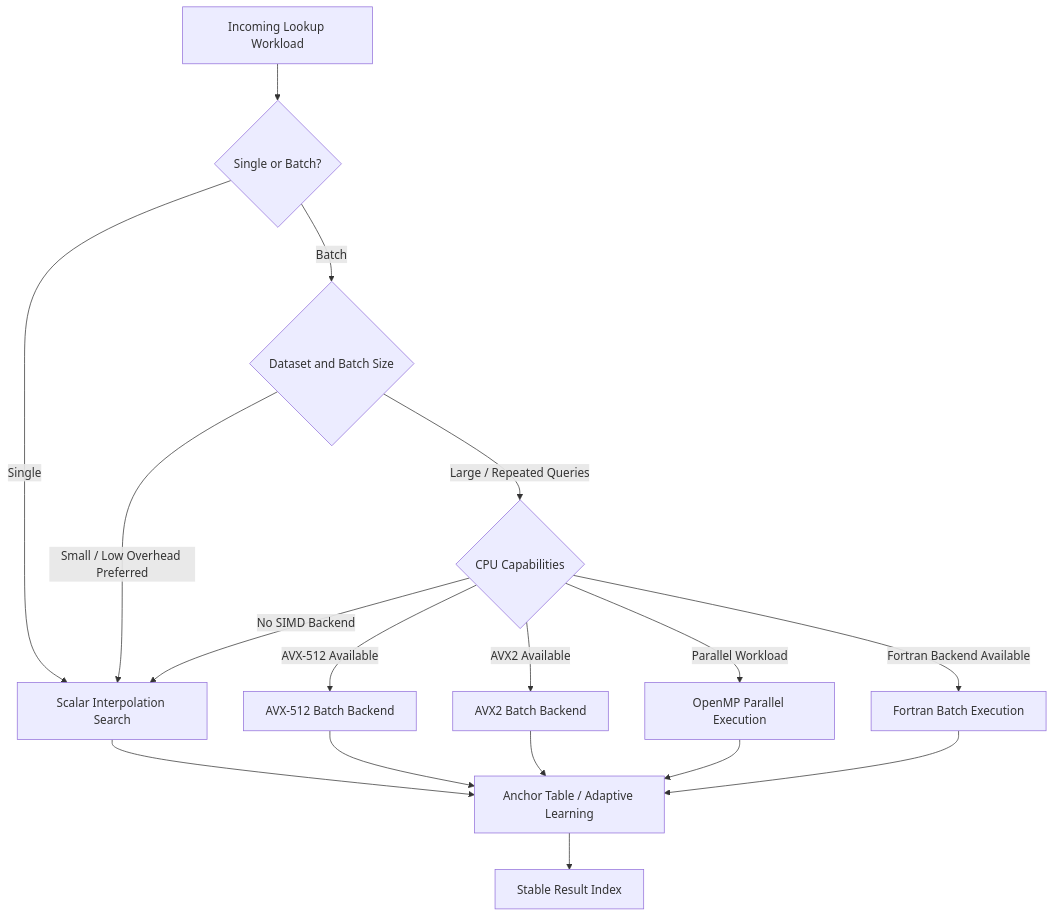
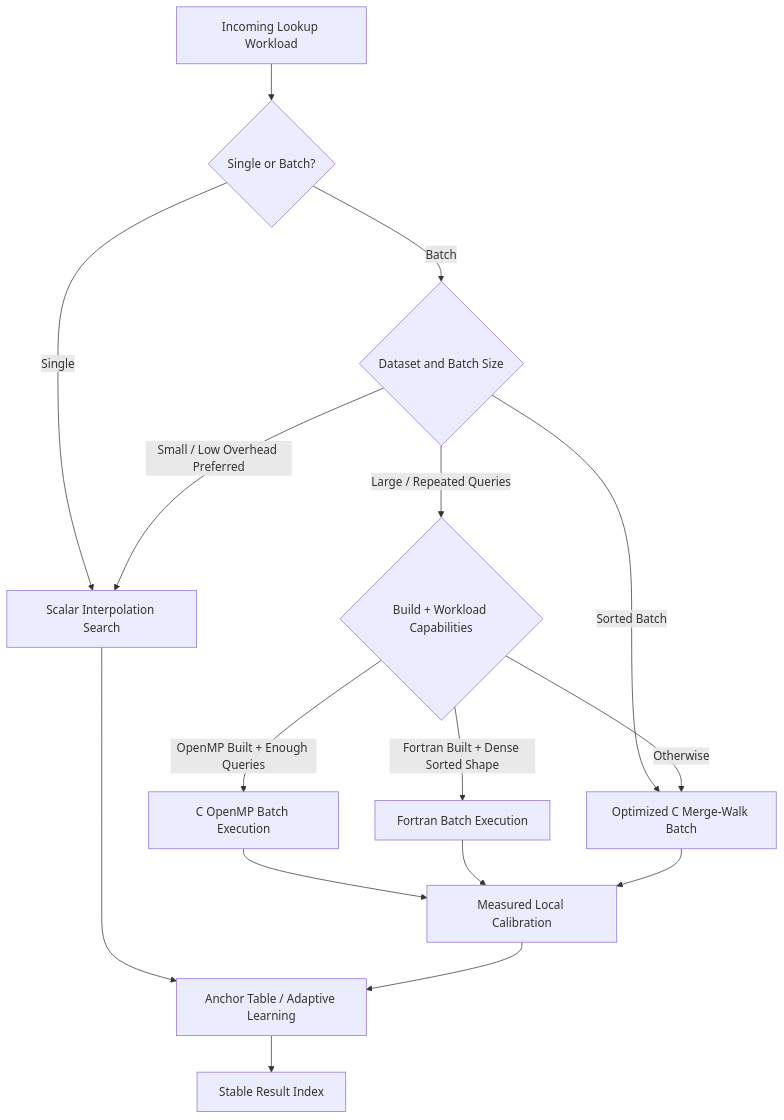
The second of 4 diagrams in README.md (SWORDIntel/KEYSTONE), drawn with Mermaid before and after one commit. The commit also changed other lines of this file and 20 other files, not shown here.

````diff
--- a/README.md
+++ b/README.md
@@ -112,23 +164,21 @@
 ```mermaid
 flowchart TD
     Start["Incoming Lookup Workload"] --> Mode{"Single or Batch?"}
     Mode -->|Single| Scalar["Scalar Interpolation Search"]
     Mode -->|Batch| Size{"Dataset and Batch Size"}
 
     Size -->|Small / Low Overhead Preferred| Scalar
-    Size -->|Large / Repeated Queries| CPU{"CPU Capabilities"}
+    Size -->|Sorted Batch| CB["Optimized C Merge-Walk Batch"]
+    Size -->|Large / Repeated Queries| CPU{"Build + Workload Capabilities"}
 
-    CPU -->|AVX-512 Available| AVX512["AVX-512 Batch Backend"]
-    CPU -->|AVX2 Available| AVX2["AVX2 Batch Backend"]
-    CPU -->|No SIMD Backend| Scalar
+    CPU -->|OpenMP Built + Enough Queries| OMP["C OpenMP Batch Execution"]
+    CPU -->|Fortran Built + Dense Sorted Shape| FORTRAN["Fortran Batch Execution"]
+    CPU -->|Otherwise| CB
 
-    CPU -->|Parallel Workload| OMP["OpenMP Parallel Execution"]
-    CPU -->|Fortran Backend Available| FORTRAN["Fortran Batch Execution"]
-
+    OMP --> Cal["Measured Local Calibration"]
+    FORTRAN --> Cal
+    CB --> Cal
     Scalar --> Anchor["Anchor Table / Adaptive Learning"]
-    AVX512 --> Anchor
-    AVX2 --> Anchor
-    OMP --> Anchor
-    FORTRAN --> Anchor
+    Cal --> Anchor
     Anchor --> Result["Stable Result Index"]
 ```
````
